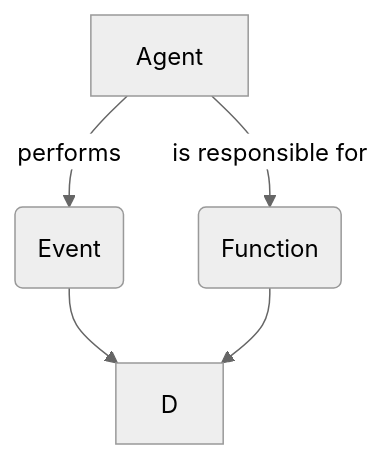
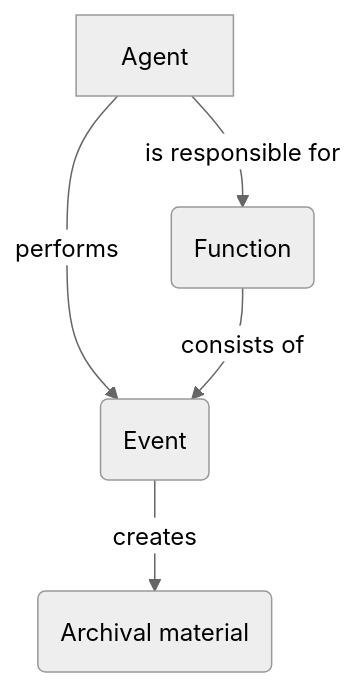
Before and after one commit to peterVG/arkly-research-notes: the diagram in domain.md, drawn with Mermaid (neutral theme).

Commit message:
Update domain.md to include archival material

````diff
--- a/domain.md
+++ b/domain.md
@@ -6,7 +6,7 @@
 ```mermaid
 flowchart TD;
       A[Agent] -->|performs| B(Event);
       A[Agent] -->|is responsible for| C(Function);
-      B-->D;
-      C-->D;
+      C -->|consists of| B;
+      B -->|creates| D(Archival material);
 ```
````
